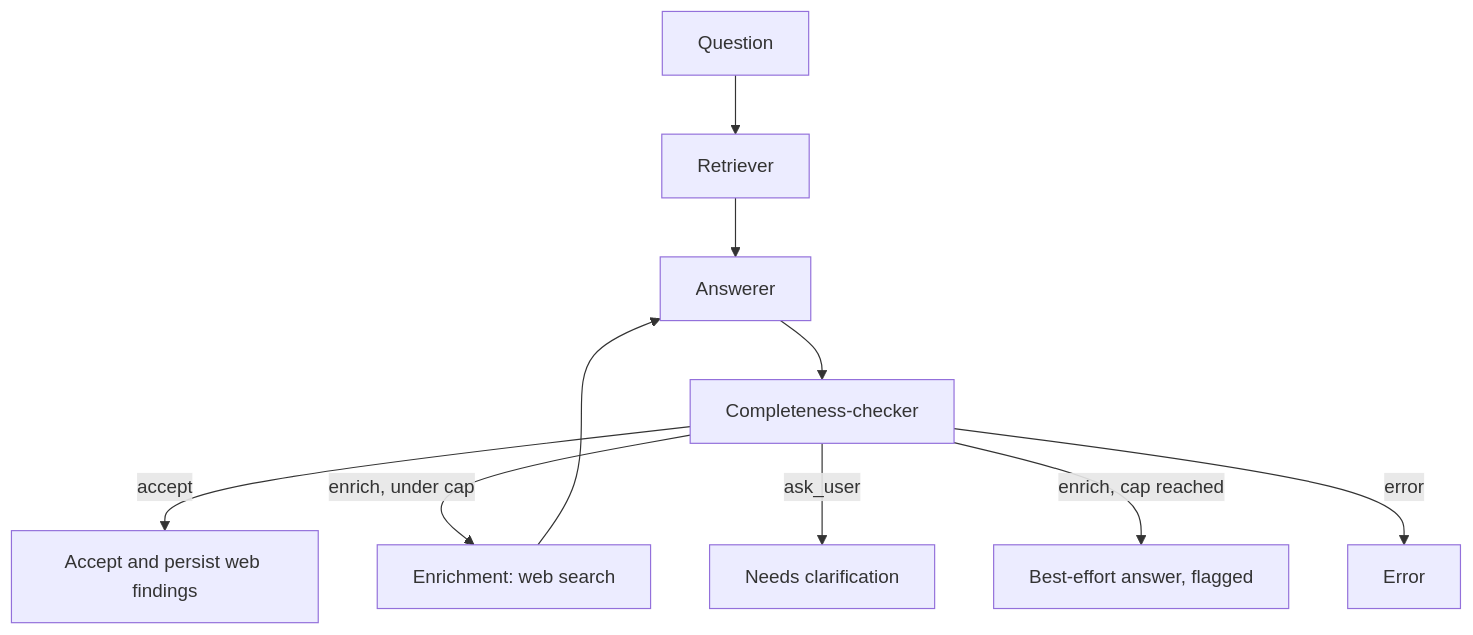
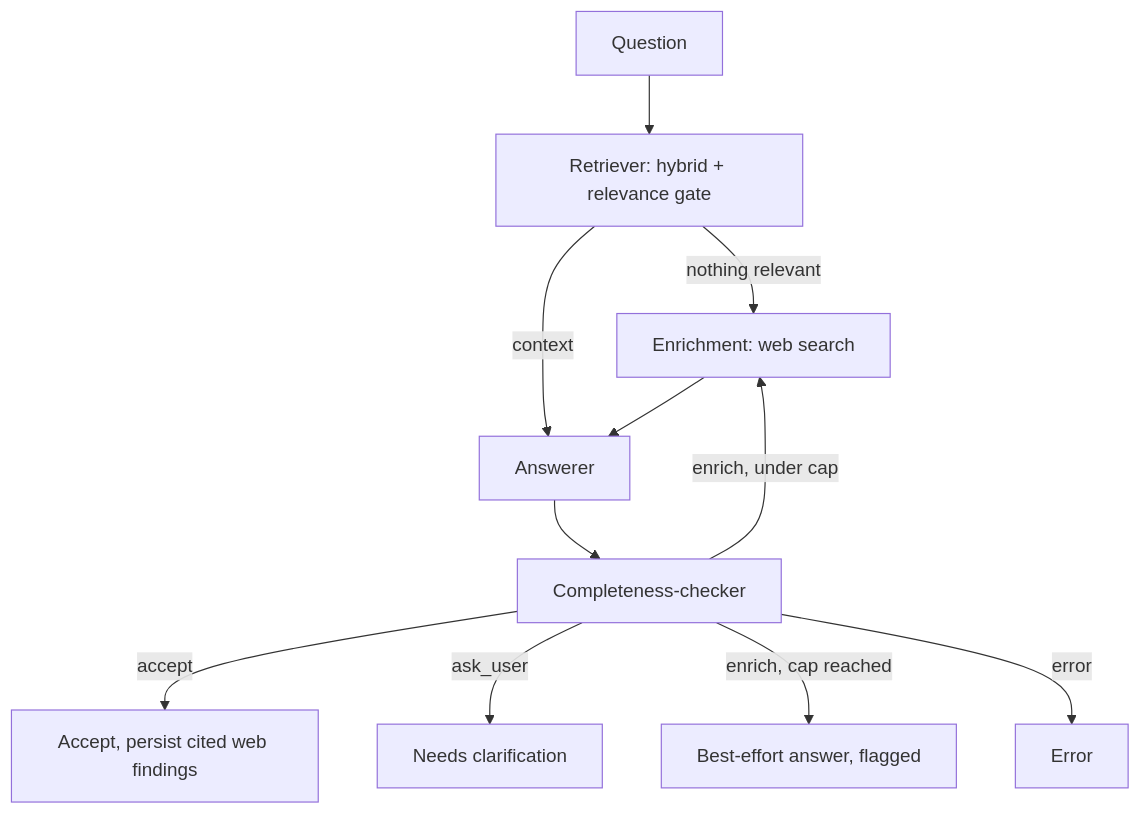
One commit to SaurabhSKM/lacuna changed the diagram in README.md. Above: the diagram before and after it, drawn with Mermaid. The commit also changed other lines of this file and 45 other files, not shown here.

````diff
--- a/README.md
+++ b/README.md
@@ -21,12 +30,13 @@
 ```mermaid
 flowchart TD
-    Q[Question] --> R[Retriever]
-    R --> A[Answerer]
+    Q[Question] --> R[Retriever: hybrid + relevance gate]
+    R -->|nothing relevant| E
+    R -->|context| A[Answerer]
     A --> C[Completeness-checker]
-    C -->|accept| ACC[Accept and persist web findings]
+    C -->|accept| ACC[Accept, persist cited web findings]
     C -->|enrich, under cap| E[Enrichment: web search]
     E --> A
     C -->|ask_user| CL[Needs clarification]
     C -->|enrich, cap reached| CAP[Best-effort answer, flagged]
     C -->|error| ERR[Error]
 ```
````
